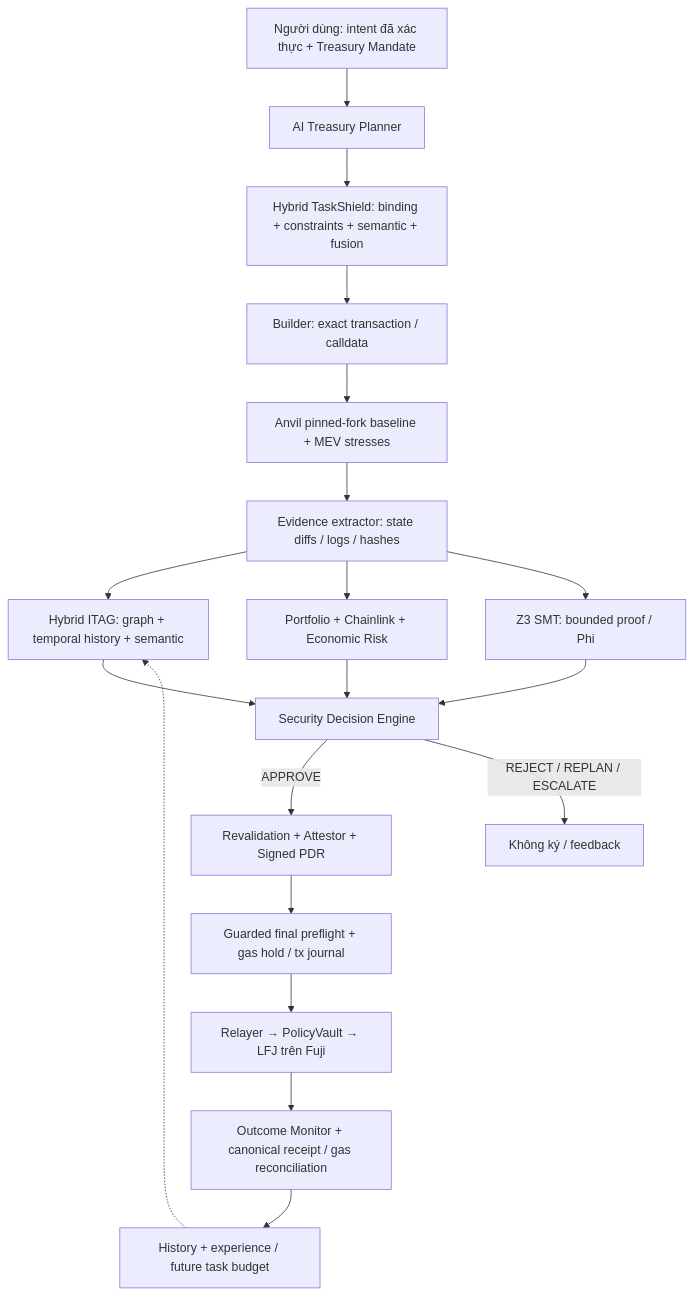
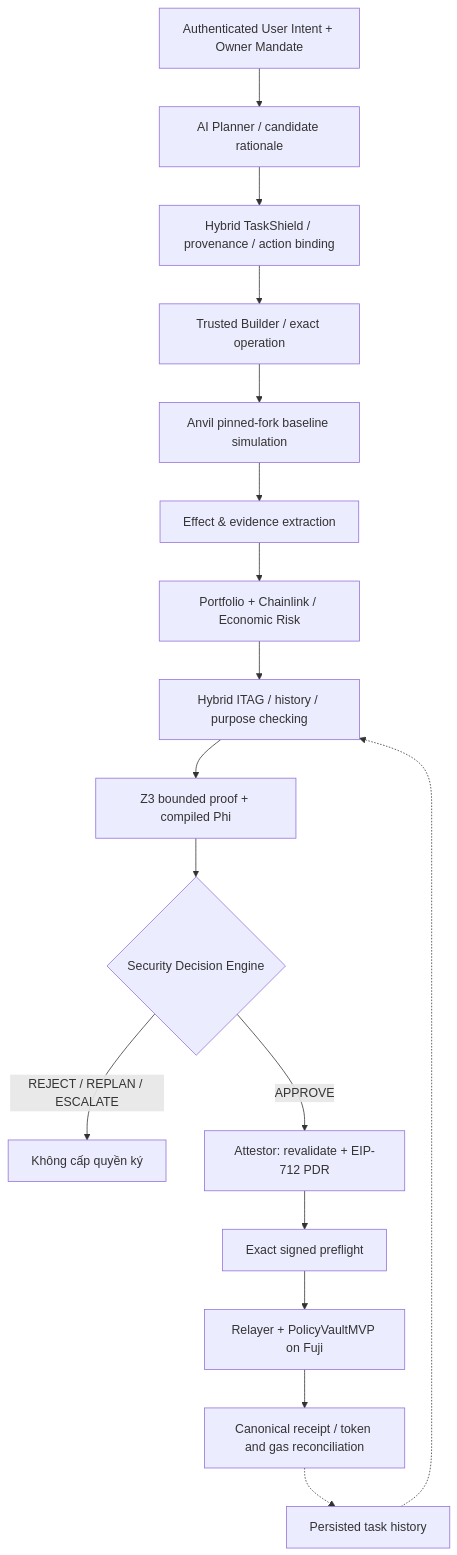
The diagram in README.md (ursuswh-metamorphic/PaceVant), drawn with Mermaid before and after one commit. The commit also changed other lines of this file, not shown here.

Commit message:
docs: reposition PaceVant README around long-horizon intent and verified public Fuji MVP

````diff
--- a/README.md
+++ b/README.md
@@ -138,21 +104,19 @@
-~~~mermaid
+```mermaid
 flowchart TD
-    U["Người dùng: intent đã xác thực + Treasury Mandate"] --> P["AI Treasury Planner"]
-    P --> T["Hybrid TaskShield: binding + constraints + semantic + fusion"]
-    T --> B["Builder: exact transaction / calldata"]
-    B --> S["Anvil pinned-fork baseline + MEV stresses"]
-    S --> E["Evidence extractor: state diffs / logs / hashes"]
-    E --> G["Hybrid ITAG: graph + temporal history + semantic"]
-    E --> R["Portfolio + Chainlink + Economic Risk"]
-    E --> Z["Z3 SMT: bounded proof / Phi"]
-    G --> D["Security Decision Engine"]
-    R --> D
-    Z --> D
-    D -->|APPROVE| V["Revalidation + Attestor + Signed PDR"]
-    D -->|REJECT / REPLAN / ESCALATE| X["Không ký / feedback"]
-    V --> F["Guarded final preflight + gas hold / tx journal"]
-    F --> C["Relayer → PolicyVault → LFJ trên Fuji"]
-    C --> O["Outcome Monitor + canonical receipt / gas reconciliation"]
-    O --> H["History + experience / future task budget"]
+    A["Authenticated User Intent + Owner Mandate"] --> P["AI Planner / candidate rationale"]
+    P --> T["Hybrid TaskShield / provenance / action binding"]
+    T --> B["Trusted Builder / exact operation"]
+    B --> S["Anvil pinned-fork baseline simulation"]
+    S --> X["Effect & evidence extraction"]
+    X --> R["Portfolio + Chainlink / Economic Risk"]
+    R --> G["Hybrid ITAG / history / purpose checking"]
+    G --> Z["Z3 bounded proof + compiled Phi"]
+    Z --> D{"Security Decision Engine"}
+    D -->|REJECT / REPLAN / ESCALATE| N["Không cấp quyền ký"]
+    D -->|APPROVE| A1["Attestor: revalidate + EIP-712 PDR"]
+    A1 --> F["Exact signed preflight"]
+    F --> E["Relayer + PolicyVaultMVP on Fuji"]
+    E --> O["Canonical receipt / token and gas reconciliation"]
+    O -.-> H["Persisted task history"]
     H -.-> G
-~~~
+```
````
